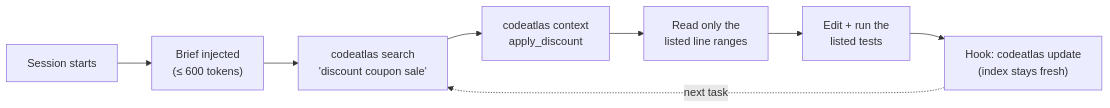
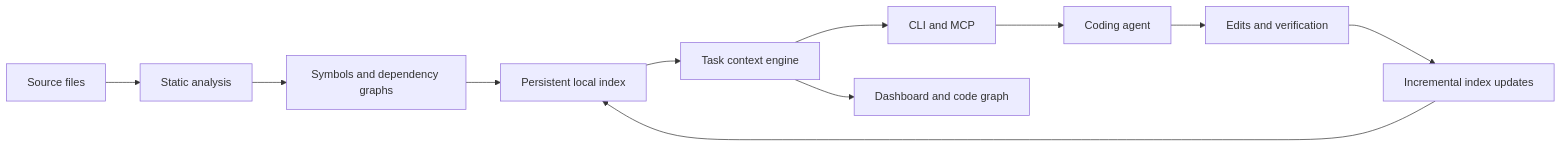
Before and after one commit to priy-anshugupta/CodeAtlas: the diagram in README.md, drawn with Mermaid. The commit also changed other lines of this file, not shown here.

Commit message:
docs: improve CodeAtlas README and setup guide

````diff
--- a/README.md
+++ b/README.md
@@ -42,10 +112,13 @@
 ```mermaid
 flowchart LR
-    A[Session starts] --> B["Brief injected<br/>(≤ 600 tokens)"]
-    B --> C["codeatlas search<br/>'discount coupon sale'"]
-    C --> D["codeatlas context<br/>apply_discount"]
-    D --> E["Read only the<br/>listed line ranges"]
-    E --> F[Edit + run the<br/>listed tests]
-    F --> G["Hook: codeatlas update<br/>(index stays fresh)"]
-    G -. next task .-> C
+    A[Source files] --> B[Static analysis]
+    B --> C[Symbols and dependency graphs]
+    C --> D[Persistent local index]
+    D --> E[Task context engine]
+    E --> F[CLI and MCP]
+    E --> G[Dashboard and code graph]
+    F --> H[Coding agent]
+    H --> I[Edits and verification]
+    I --> J[Incremental index updates]
+    J --> D
 ```
````
